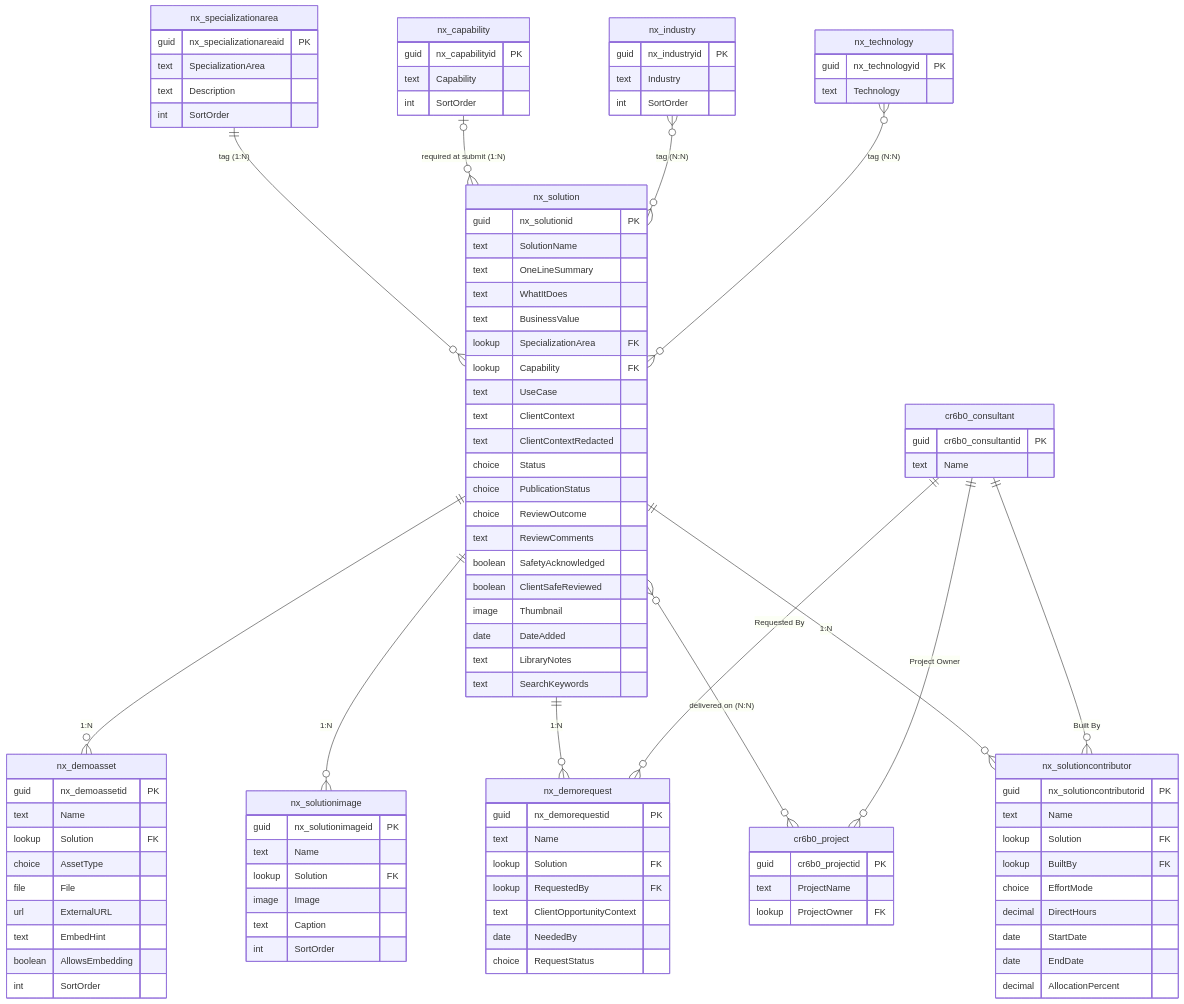
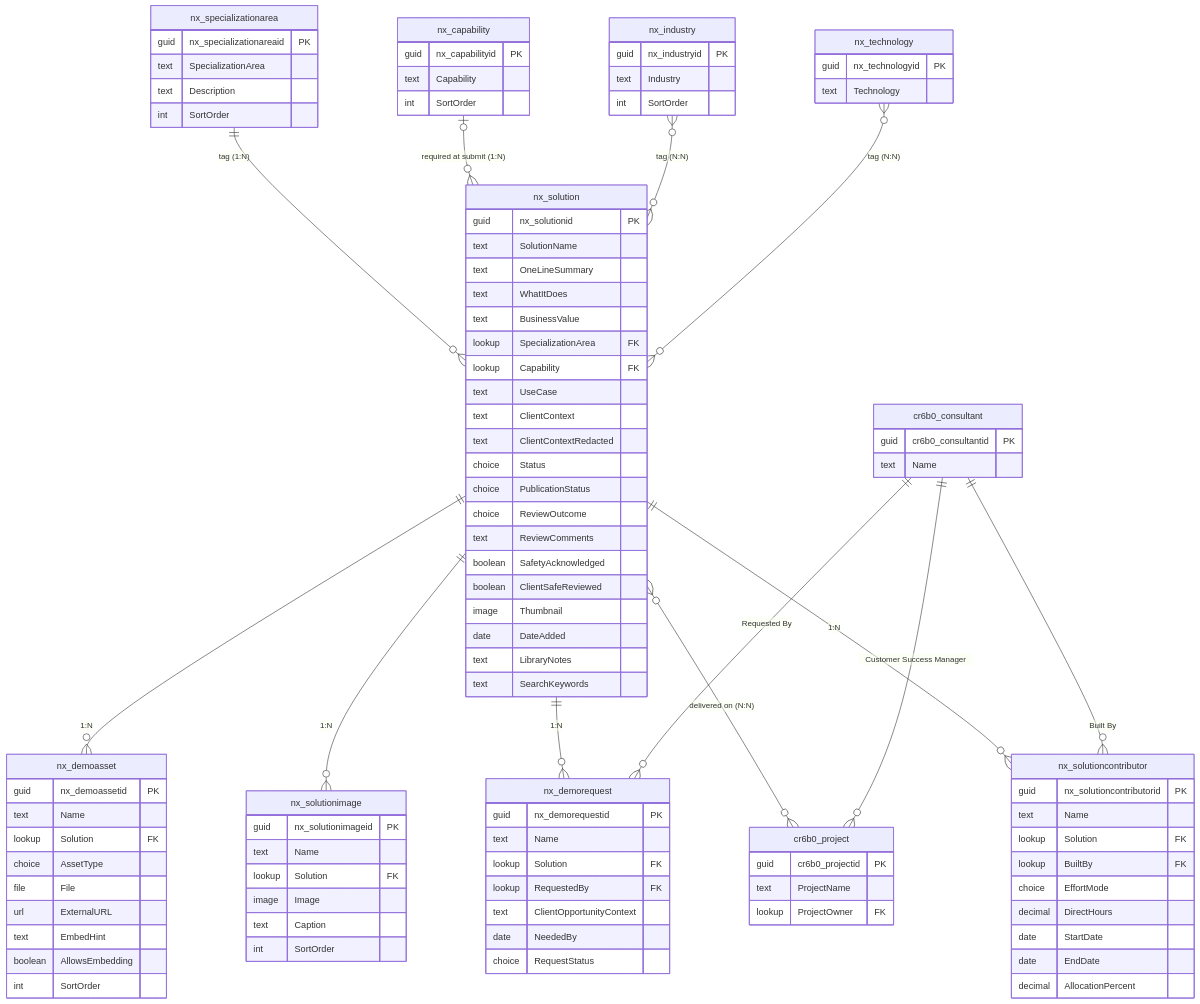
Before and after one commit to lpreciado-nextant/PRISMA: the first of 3 diagrams in docs/data_model/SchemaV2.md, drawn with Mermaid. The commit also changed other lines of this file and 1 other file, not shown here.

First line of the commit message:
docs: annotate SchemaV2 with live Dataverse logical names and types

```diff
--- a/docs/data_model/SchemaV2.md
+++ b/docs/data_model/SchemaV2.md
@@ -61,7 +61,7 @@
     nx_solution ||--o{ nx_solutioncontributor : "1:N"
     cr6b0_consultant ||--o{ nx_solutioncontributor : "Built By"
     cr6b0_consultant ||--o{ nx_demorequest : "Requested By"
-    cr6b0_consultant ||--o{ cr6b0_project : "Project Owner"
+    cr6b0_consultant ||--o{ cr6b0_project : "Customer Success Manager"
 
     nx_solution {
         guid nx_solutionid PK
```
